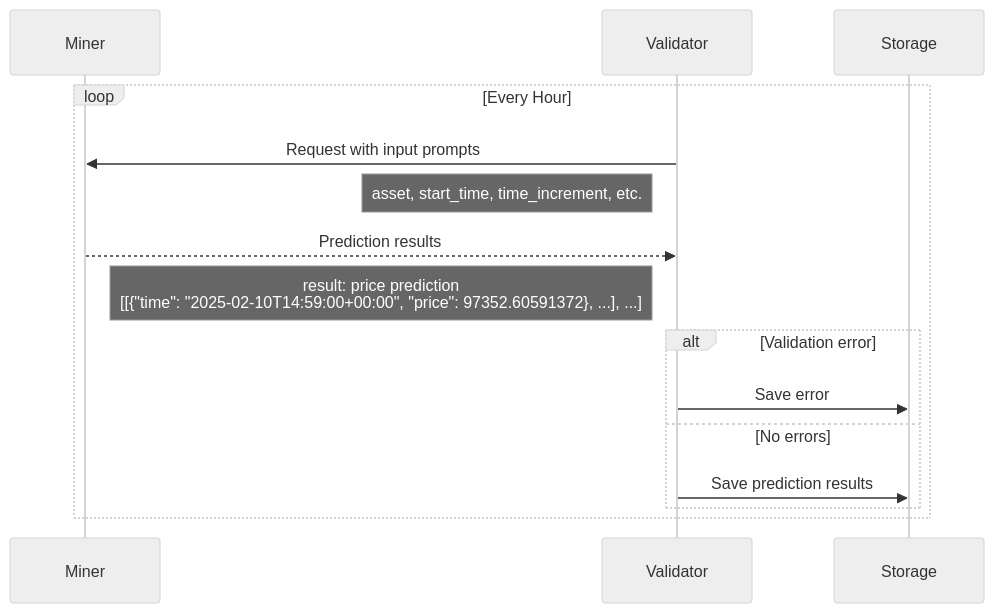
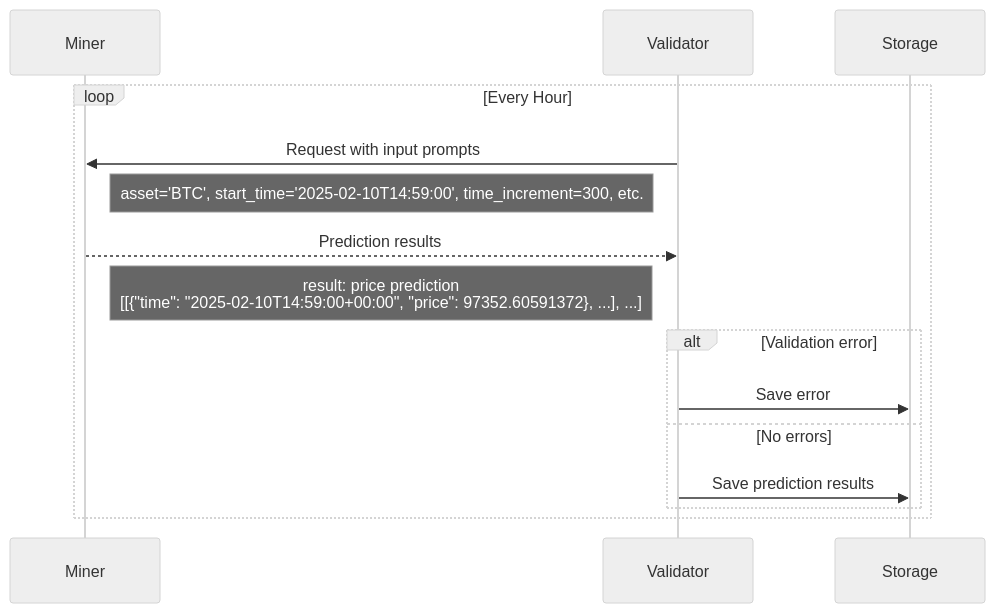
Before and after one commit to mode-network/synth-subnet: the diagram in README.md, drawn with Mermaid (neutral theme).

Commit message:
updated note in mermaid

````diff
--- a/README.md
+++ b/README.md
@@ -77,20 +77,20 @@
 ```mermaid
 sequenceDiagram
     participant Miner
     participant Validator
     participant Storage
 
     loop Every Hour
         Validator->>Miner: Request with input prompts
-        note left of Validator: asset, start_time, time_increment, etc.
+        note left of Validator: asset='BTC', start_time='2025-02-10T14:59:00', time_increment=300, etc.
         
         Miner-->>Validator: Prediction results
         note right of Miner: result: price prediction <br/> [[{"time": "2025-02-10T14:59:00+00:00", "price": 97352.60591372}, ...], ...]
 
         alt Validation error
             Validator->>Storage: Save error
         else No errors
             Validator->>Storage: Save prediction results
         end
     end
 ```
````
